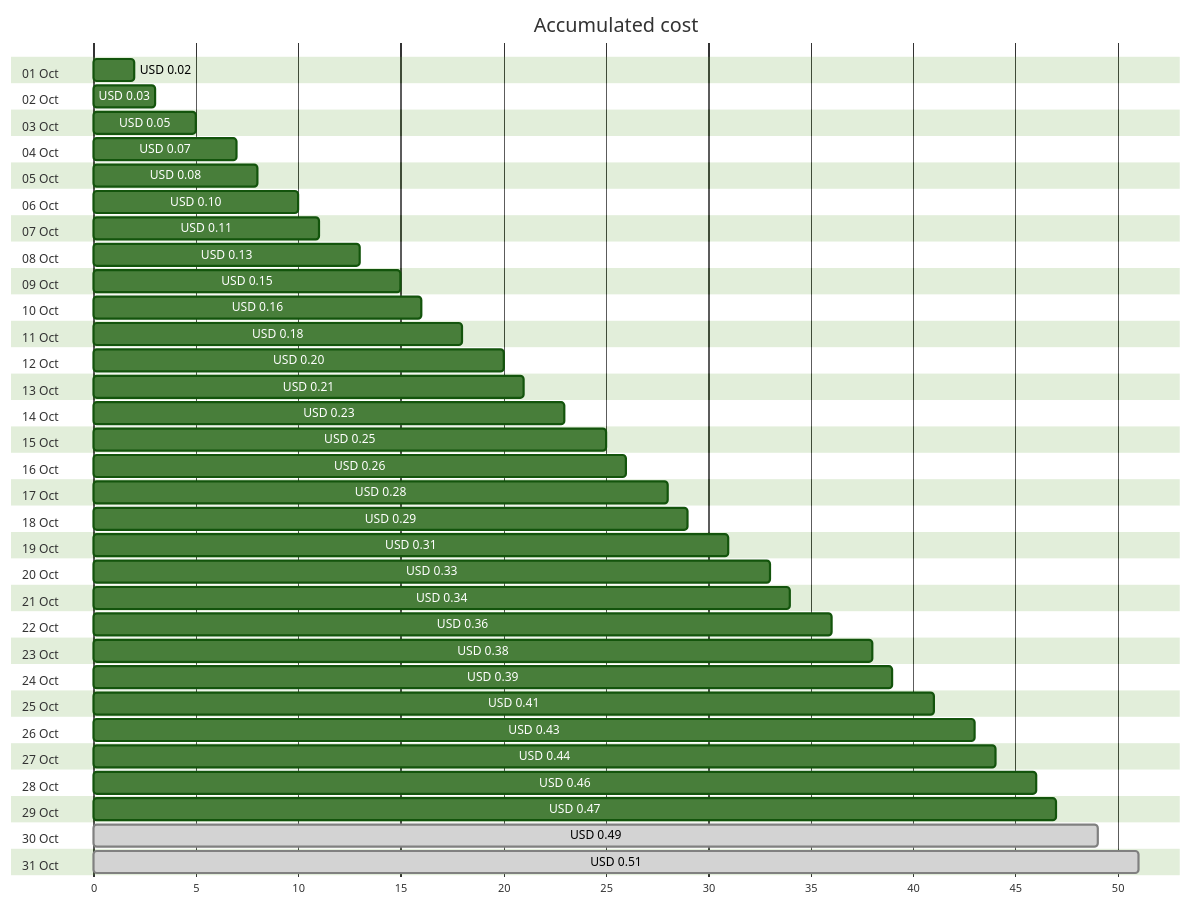
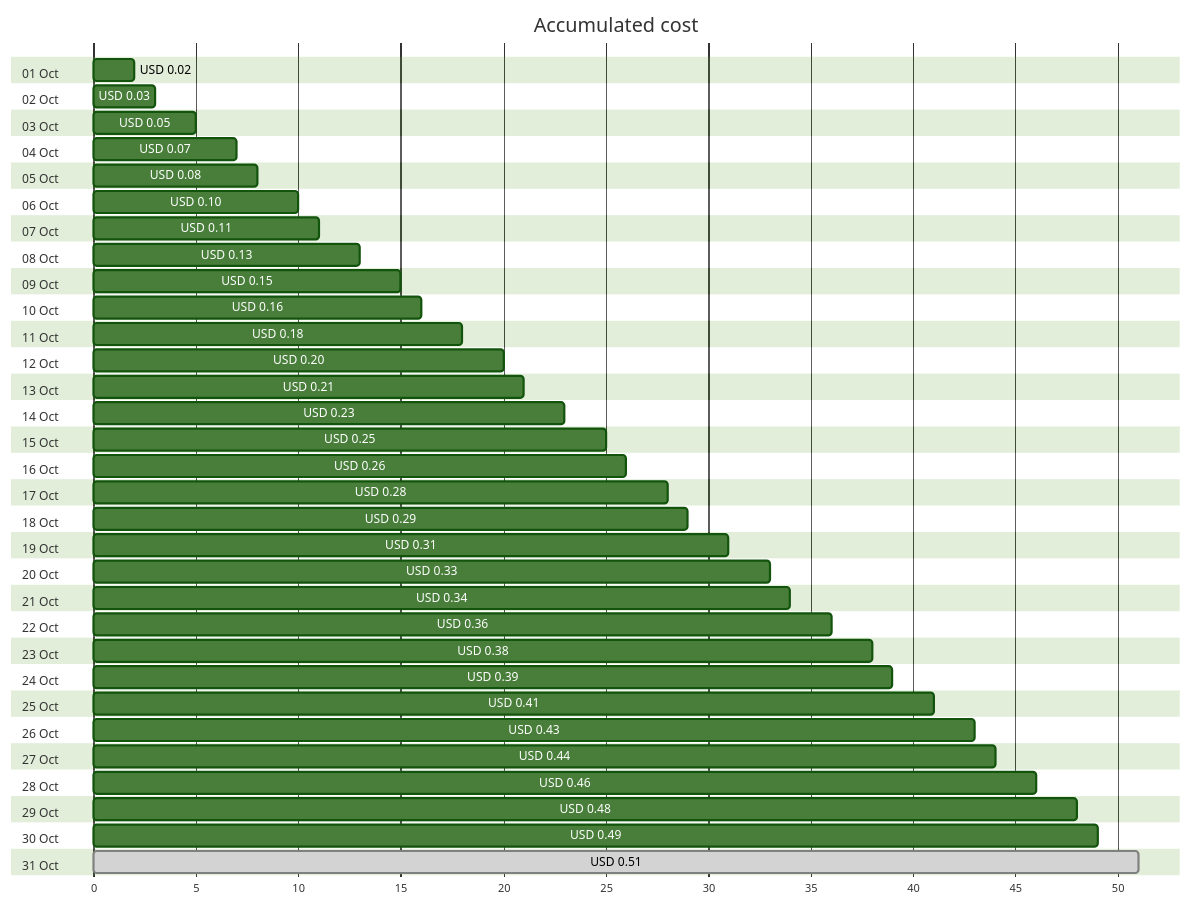
One commit to jpfulton/azure-personal-reports changed the first of 4 diagrams in cost-reports/personal-dns/jpatrickfulton.dev.md. Above: the diagram before and after it, drawn with Mermaid (forest theme). The commit also changed other lines of this file and 2 other files, not shown here.

````diff
--- a/cost-reports/personal-dns/jpatrickfulton.dev.md
+++ b/cost-reports/personal-dns/jpatrickfulton.dev.md
@@ -20,68 +20,68 @@
 ```mermaid
 gantt
    title Accumulated cost
    dateFormat  X
    axisFormat %s
    section 01 Oct
    USD 0.02 :0, 2
    section 02 Oct
    USD 0.03 :0, 3
    section 03 Oct
    USD 0.05 :0, 5
    section 04 Oct
    USD 0.07 :0, 7
    section 05 Oct
    USD 0.08 :0, 8
    section 06 Oct
    USD 0.10 :0, 10
    section 07 Oct
    USD 0.11 :0, 11
    section 08 Oct
    USD 0.13 :0, 13
    section 09 Oct
    USD 0.15 :0, 15
    section 10 Oct
    USD 0.16 :0, 16
    section 11 Oct
    USD 0.18 :0, 18
    section 12 Oct
    USD 0.20 :0, 20
    section 13 Oct
    USD 0.21 :0, 21
    section 14 Oct
    USD 0.23 :0, 23
    section 15 Oct
    USD 0.25 :0, 25
    section 16 Oct
    USD 0.26 :0, 26
    section 17 Oct
    USD 0.28 :0, 28
    section 18 Oct
    USD 0.29 :0, 29
    section 19 Oct
    USD 0.31 :0, 31
    section 20 Oct
    USD 0.33 :0, 33
    section 21 Oct
    USD 0.34 :0, 34
    section 22 Oct
    USD 0.36 :0, 36
    section 23 Oct
    USD 0.38 :0, 38
    section 24 Oct
    USD 0.39 :0, 39
    section 25 Oct
    USD 0.41 :0, 41
    section 26 Oct
    USD 0.43 :0, 43
    section 27 Oct
    USD 0.44 :0, 44
    section 28 Oct
    USD 0.46 :0, 46
    section 29 Oct
-   USD 0.47 :0, 47
+   USD 0.48 :0, 48
    section 30 Oct
-   USD 0.49 : done, 0, 49
+   USD 0.49 :0, 49
    section 31 Oct
    USD 0.51 : done, 0, 51
 ```
````
